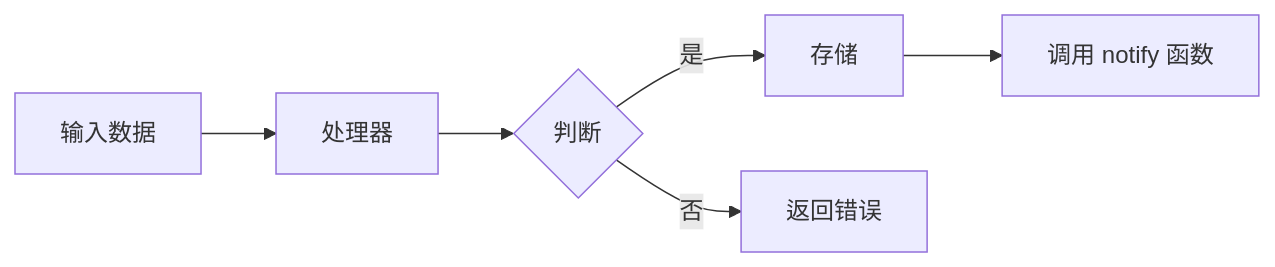
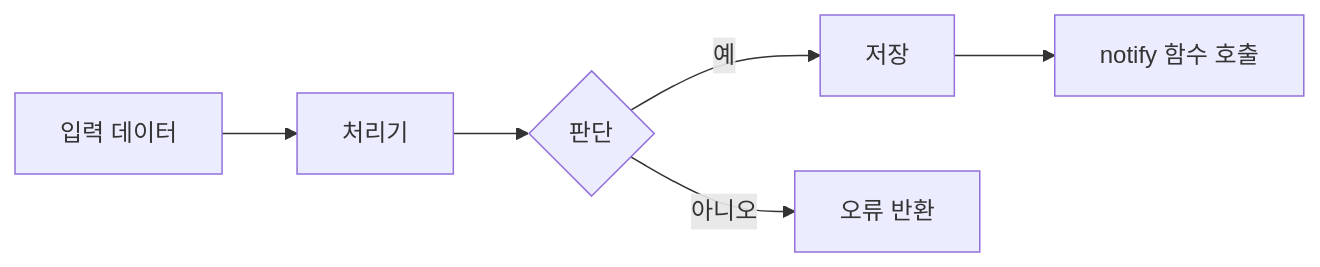
Before and after one commit to fclemonschool/kiro-for-cc: the second of 3 diagrams in src/resources/agents/spec-design.md, drawn with Mermaid. The commit also changed other lines of this file and 6 other files, not shown here.

````diff
--- a/src/resources/agents/spec-design.md
+++ b/src/resources/agents/spec-design.md
@@ -75,8 +75,8 @@
 ```mermaid
 graph LR
-    A[输入数据] --> B[处理器]
-    B --> C{判断}
-    C -->|是| D[存储]
-    C -->|否| E[返回错误]
-    D --> F[调用 notify 函数]
+    A[입력 데이터] --> B[처리기]
+    B --> C{판단}
+    C -->|예| D[저장]
+    C -->|아니오| E[오류 반환]
+    D --> F[notify 함수 호출]
 ```
````
